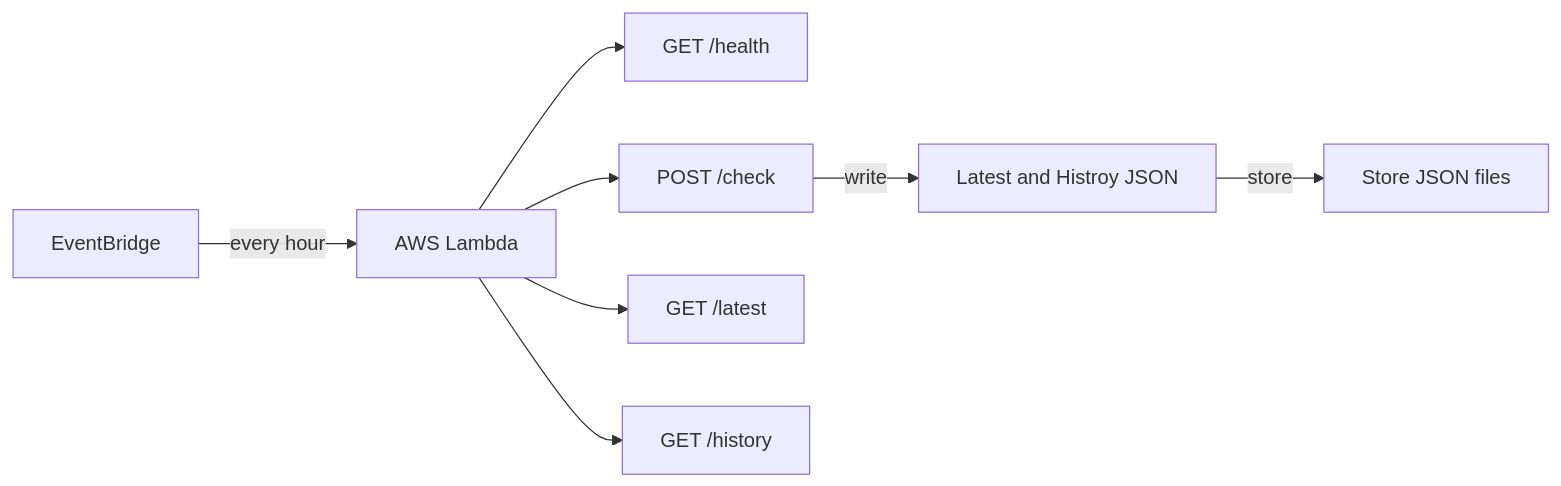
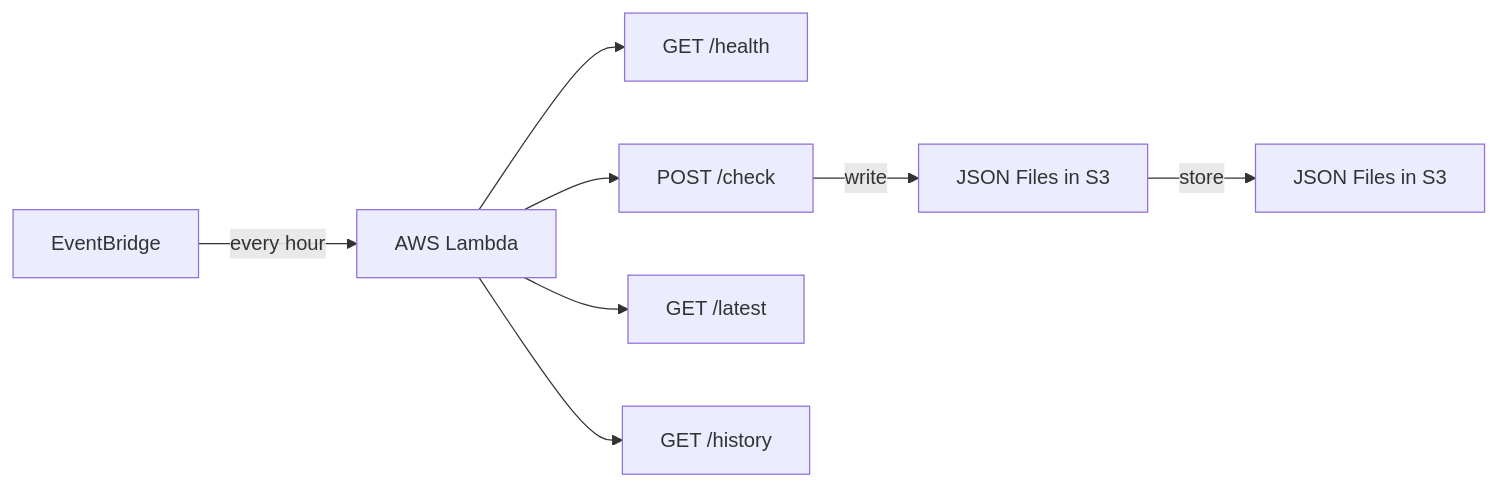
One commit to victoriacheng15/uptime-monitor changed the second of 2 diagrams in README.md. Above: the diagram before and after it, drawn with Mermaid. The commit also changed 15 other files, not shown here.

````diff
--- a/README.md
+++ b/README.md
@@ -45,19 +45,19 @@
 ```mermaid
 flowchart LR
     Schedule["EventBridge"]
     Lambda["AWS Lambda"]
     Health["GET /health"]
     Check["POST /check"]
-    Write["Latest and Histroy JSON"]
+    Write["JSON Files in S3"]
     Latest["GET /latest"]
     History["GET /history"]
-    S3["Store JSON files"]
+    S3["JSON Files in S3"]
 
     Schedule -- every hour --> Lambda
     Lambda --> Health
     Lambda --> Check
     Lambda --> Latest
     Lambda --> History
     Check -- write --> Write
     Write -- store --> S3 
 ```
````
